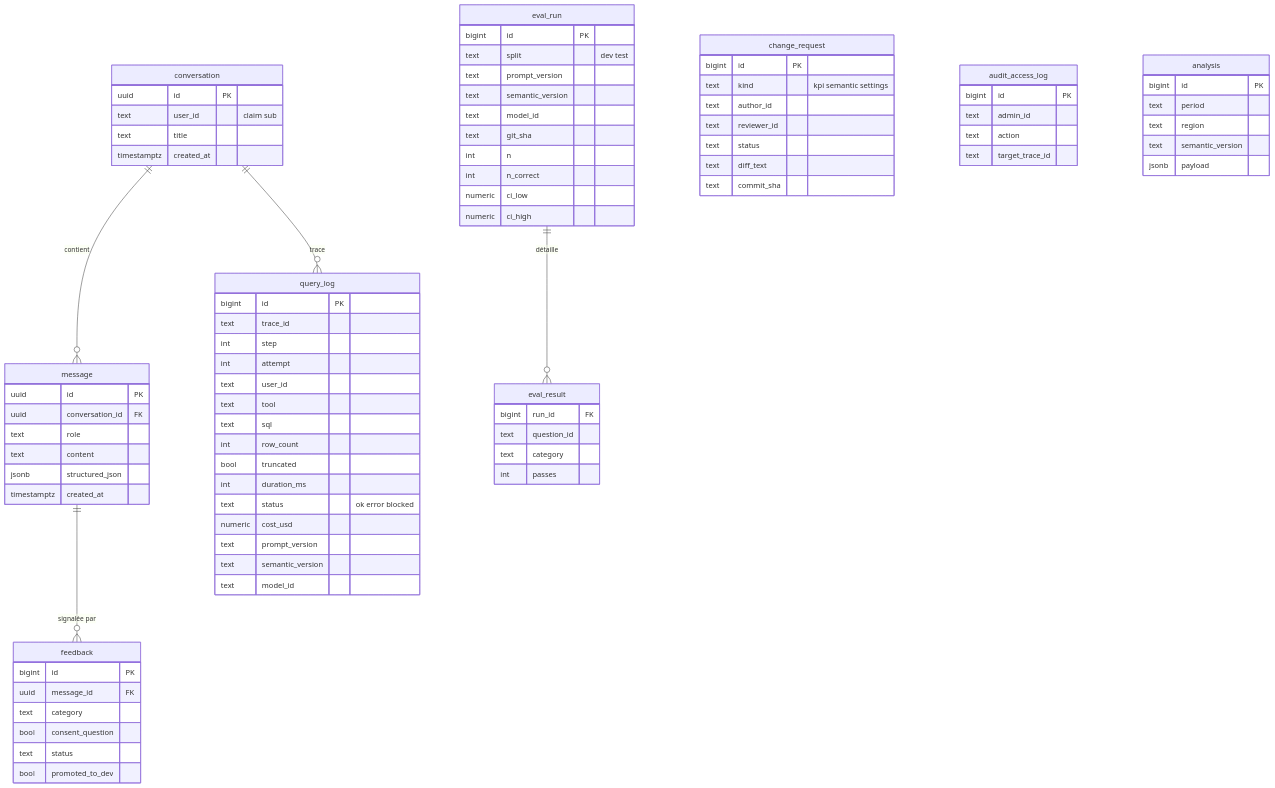
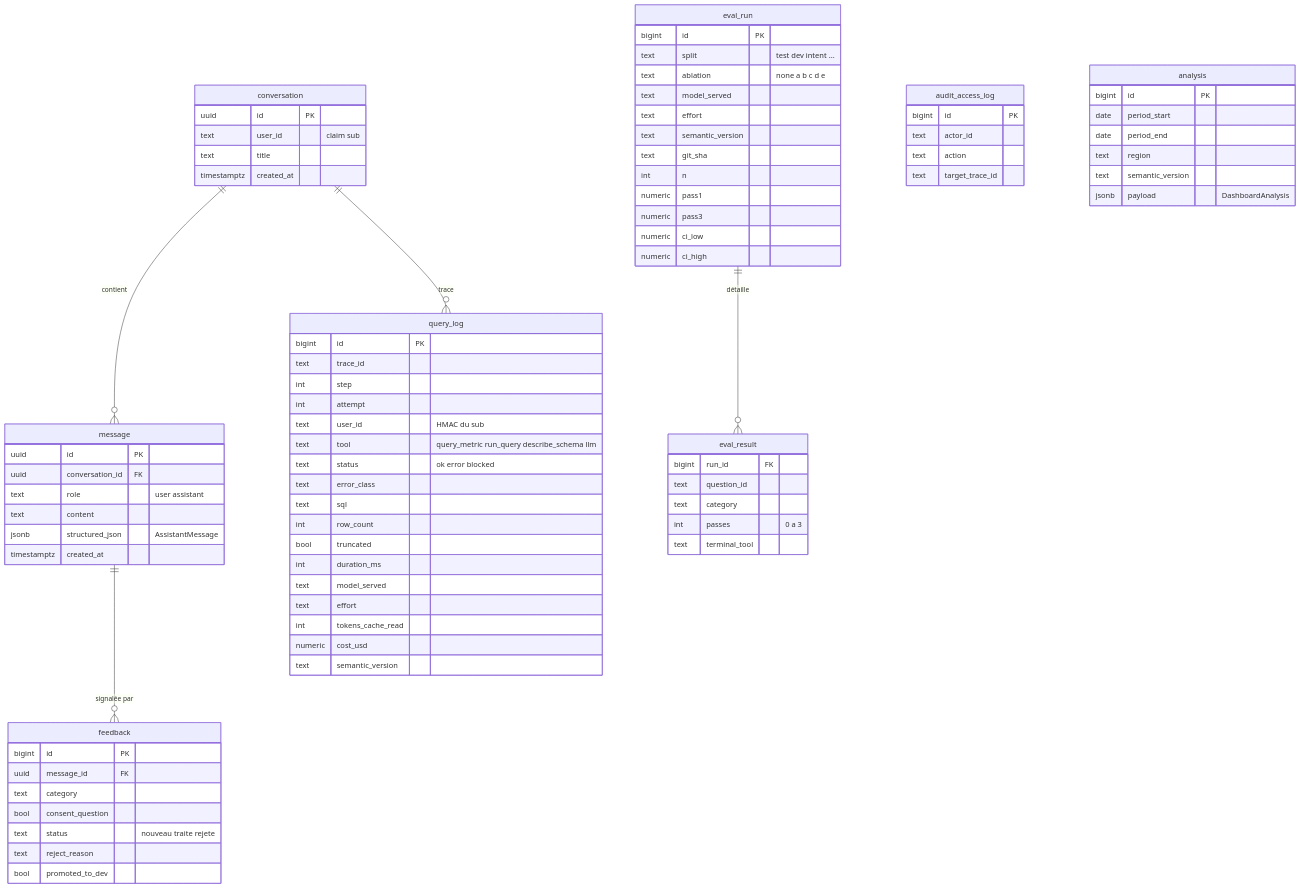
The diagram in docs/diagrams/04-tables-applicatives.mmd (justefrank/decision-agent-IA), drawn with Mermaid before and after one commit. The commit also changed 47 other files, not shown here.

First line of the commit message:
docs: passage en v5 (MVP, query_metric, citation par référence, évaluation sur le test seul, intégration Claude) et diagrammes re-rendus

```diff
--- a/docs/diagrams/04-tables-applicatives.mmd
+++ b/docs/diagrams/04-tables-applicatives.mmd
@@ -1,84 +1,82 @@
 erDiagram
   conversation ||--o{ message : contient
   message ||--o{ feedback : "signalée par"
   conversation ||--o{ query_log : trace
   eval_run ||--o{ eval_result : détaille
   conversation {
     uuid id PK
     text user_id "claim sub"
     text title
     timestamptz created_at
   }
   message {
     uuid id PK
     uuid conversation_id FK
-    text role
+    text role "user assistant"
     text content
-    jsonb structured_json
+    jsonb structured_json "AssistantMessage"
     timestamptz created_at
   }
   query_log {
     bigint id PK
     text trace_id
     int step
     int attempt
-    text user_id
-    text tool
+    text user_id "HMAC du sub"
+    text tool "query_metric run_query describe_schema llm"
+    text status "ok error blocked"
+    text error_class
     text sql
     int row_count
     bool truncated
     int duration_ms
-    text status "ok error blocked"
+    text model_served
+    text effort
+    int tokens_cache_read
     numeric cost_usd
-    text prompt_version
     text semantic_version
-    text model_id
   }
   feedback {
     bigint id PK
     uuid message_id FK
     text category
     bool consent_question
-    text status
+    text status "nouveau traite rejete"
+    text reject_reason
     bool promoted_to_dev
-  }
-  change_request {
-    bigint id PK
-    text kind "kpi semantic settings"
-    text author_id
-    text reviewer_id
-    text status
-    text diff_text
-    text commit_sha
   }
   eval_run {
     bigint id PK
-    text split "dev test"
-    text prompt_version
+    text split "test dev intent ..."
+    text ablation "none a b c d e"
+    text model_served
+    text effort
     text semantic_version
-    text model_id
     text git_sha
     int n
-    int n_correct
+    numeric pass1
+    numeric pass3
     numeric ci_low
     numeric ci_high
   }
   eval_result {
     bigint run_id FK
     text question_id
     text category
-    int passes
+    int passes "0 a 3"
+    text terminal_tool
   }
   audit_access_log {
     bigint id PK
-    text admin_id
+    text actor_id
     text action
     text target_trace_id
   }
   analysis {
     bigint id PK
-    text period
+    date period_start
+    date period_end
     text region
     text semantic_version
-    jsonb payload
+    jsonb payload "DashboardAnalysis"
   }
```
